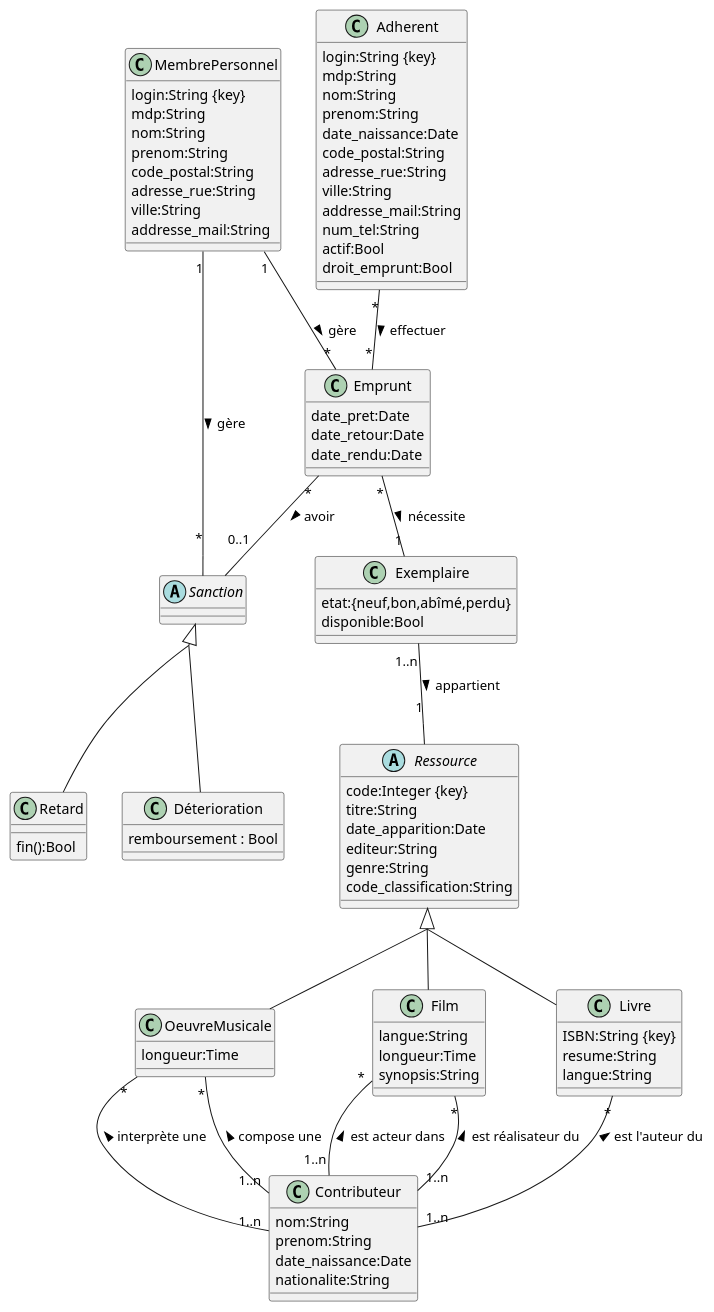
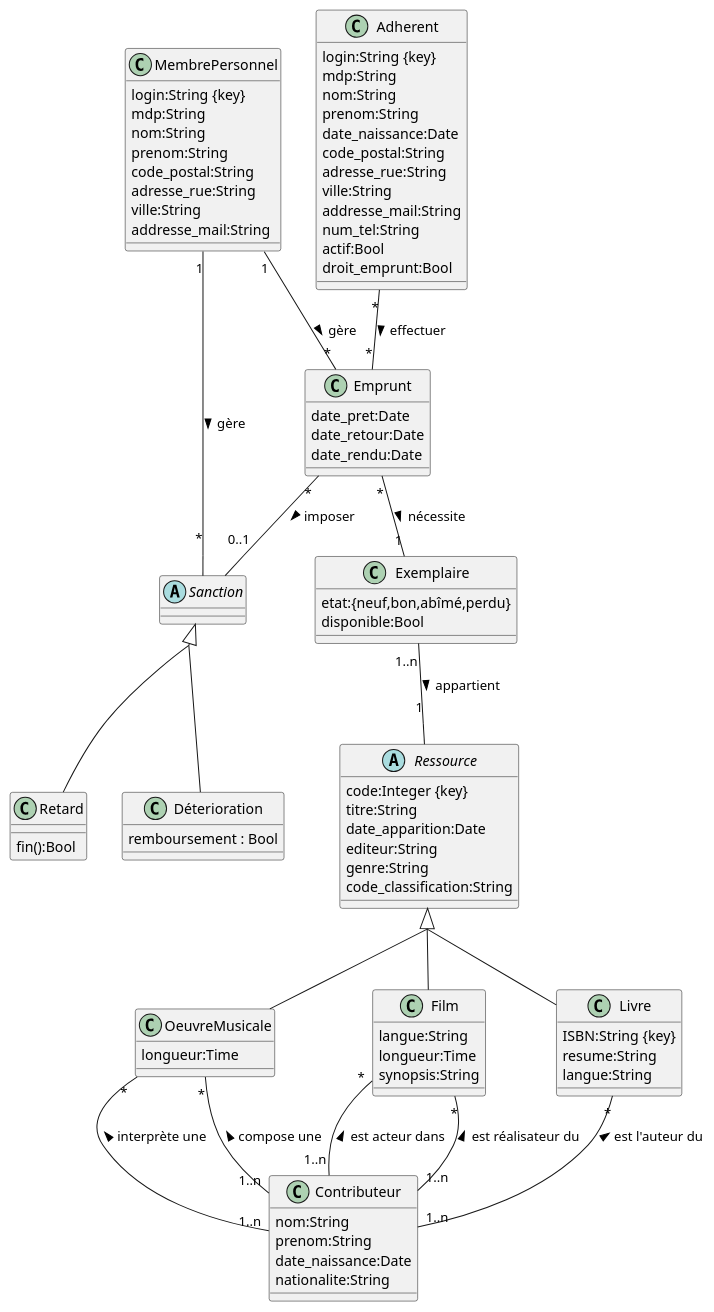
One commit to HouzeZHANG/NF18-DataBase-Project changed the diagram in UML.plantuml. Above: the diagram before and after it, drawn with PlantUML.

```diff
--- a/UML.plantuml
+++ b/UML.plantuml
@@ -1,115 +1,115 @@
 @startuml
 abstract class Ressource{
   code:Integer {key}
   titre:String
   date_apparition:Date
   editeur:String
   genre:String
   code_classification:String
 }
 
 
 together {
   class Livre{
   ISBN:String {key}
   resume:String
   langue:String
 }
 
 class Film{
   langue:String
   longueur:Time
   synopsis:String
 }
 
 class OeuvreMusicale{
   longueur:Time
 }
 }
 skinparam groupInheritance 2
 Ressource <|-- Livre
 Ressource <|-- Film
 Ressource <|-- OeuvreMusicale
 
 class MembrePersonnel{
   login:String {key}
   mdp:String
   nom:String
   prenom:String
   code_postal:String
   adresse_rue:String
   ville:String
   addresse_mail:String
 }
 
 class Adherent{
   login:String {key}
   mdp:String
   nom:String
   prenom:String
   date_naissance:Date
   code_postal:String
   adresse_rue:String
   ville:String
   addresse_mail:String
   num_tel:String
   actif:Bool
   droit_emprunt:Bool
 }
 
 class Contributeur{
   nom:String
   prenom:String
   date_naissance:Date
   nationalite:String
 }
 
 class Exemplaire{
   etat:{neuf,bon,abîmé,perdu}
   disponible:Bool
 }
 
 
 class Emprunt{
   date_pret:Date
   date_retour:Date
   date_rendu:Date
 }
 
 abstract class Sanction{
 }
 
 together {
   class Retard{
     fin():Bool
   }
   class Déterioration{
     remboursement : Bool
   }
 }
 
 skinparam groupInheritance 2
 Sanction <|-- Retard
 Sanction <|-- Déterioration
 
 
 Exemplaire "1..n" -- "1" Ressource : appartient >
-Emprunt "*" -- "0..1" Sanction : avoir >
+Emprunt "*" -- "0..1" Sanction : imposer >
 
 MembrePersonnel "1" -- "*" Emprunt : gère >
 MembrePersonnel "1" -- "*" Sanction : gère >
 
 
 Contributeur "1..n" -up- "*" Livre : est l'auteur du >
 Contributeur "1..n" -up- "*" Film : est réalisateur du >
 Contributeur "1..n" -up- "*" Film : est acteur dans >
 Contributeur "1..n" -up- "*" OeuvreMusicale : compose une >
 Contributeur "1..n" -up- "*" OeuvreMusicale : interprète une >
 
 Adherent "*" -- "*" Emprunt : effectuer >
 Emprunt "*" -- "1" Exemplaire : nécessite >
 
 
 
 
 @enduml
```
